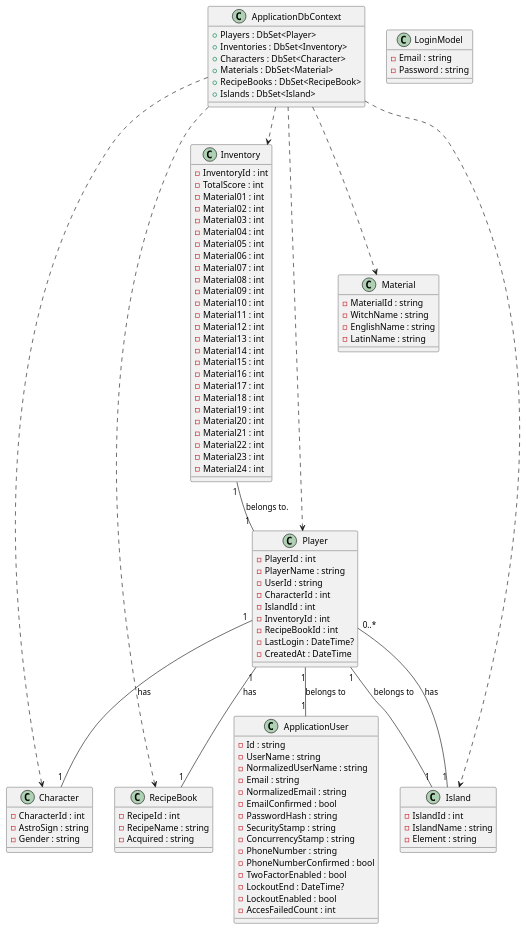
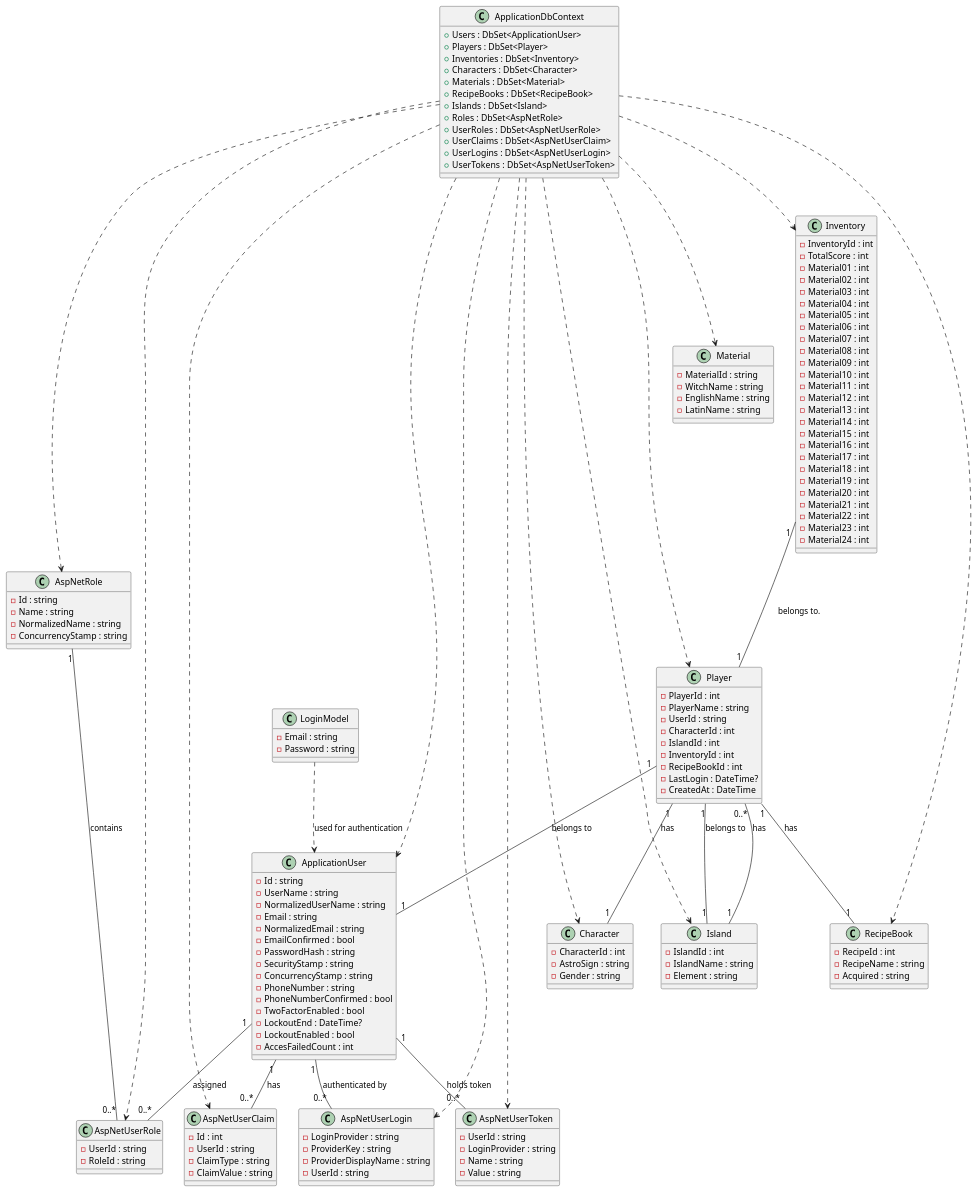
One commit to PBB2020/AstroWheelAPI changed the diagram in UML Diagrams/domain-model.puml. Above: the diagram before and after it, drawn with PlantUML.

Commit message:
ASP.NET Identity táblák kapcsolatai részletesebben

```diff
--- a/UML Diagrams/domain-model.puml
+++ b/UML Diagrams/domain-model.puml
@@ -1,139 +1,198 @@
 @startuml
 
 ' ---------------------------
 ' Alapos osztályok definiálása
 ' ---------------------------
 
 class ApplicationUser {
 	- Id : string
 	- UserName : string
 	- NormalizedUserName : string
 	- Email : string
 	- NormalizedEmail : string
 	- EmailConfirmed : bool
 	- PasswordHash : string
 	- SecurityStamp : string
 	- ConcurrencyStamp : string
 	- PhoneNumber : string
 	- PhoneNumberConfirmed : bool
 	- TwoFactorEnabled : bool
 	- LockoutEnd : DateTime?
 	- LockoutEnabled : bool
 	- AccesFailedCount : int
 }
+
+class AspNetRole {
+  - Id : string
+  - Name : string
+  - NormalizedName : string
+  - ConcurrencyStamp : string
+}
+
+class AspNetUserRole {
+  - UserId : string
+  - RoleId : string
+}
+
+class AspNetUserClaim {
+  - Id : int
+  - UserId : string
+  - ClaimType : string
+  - ClaimValue : string
+}
+
+class AspNetUserLogin {
+  - LoginProvider : string
+  - ProviderKey : string
+  - ProviderDisplayName : string
+  - UserId : string
+}
+
+class AspNetUserToken {
+  - UserId : string
+  - LoginProvider : string
+  - Name : string
+  - Value : string
+}
+
+class LoginModel {
+  - Email : string
+  - Password : string
+}
+
+' ---------------------------
+' Egyéb osztályok
+' ---------------------------
 
 class Character {
   - CharacterId : int
   - AstroSign : string
   - Gender : string
 }
 
 class Inventory {
   - InventoryId : int
   - TotalScore : int
   - Material01 : int
   - Material02 : int
   - Material03 : int
   - Material04 : int
   - Material05 : int
   - Material06 : int
   - Material07 : int
   - Material08 : int
   - Material09 : int
   - Material10 : int
   - Material11 : int
   - Material12 : int
   - Material13 : int
   - Material14 : int
   - Material15 : int
   - Material16 : int
   - Material17 : int
   - Material18 : int
   - Material19 : int
   - Material20 : int
   - Material21 : int
   - Material22 : int
   - Material23 : int
   - Material24 : int
 }
 
 class Island {
   - IslandId : int
   - IslandName : string
   - Element : string
-}
-
-class LoginModel {
-  - Email : string
-  - Password : string
 }
 
 class Material {
   - MaterialId : string
   - WitchName : string
   - EnglishName : string
   - LatinName : string
 }
 
 class Player {
   - PlayerId : int
   - PlayerName : string
   - UserId : string
   - CharacterId : int
   - IslandId : int
   - InventoryId : int
   - RecipeBookId : int
   - LastLogin : DateTime?
   - CreatedAt : DateTime
 }
 
 class RecipeBook {
   - RecipeId : int
   - RecipeName : string
   - Acquired : string
 }
 
 ' ---------------------------
 ' Kapcsolatok beállítása
 ' ---------------------------
 
 ' Inventory "belongs to" Player (a PlayerId alapján)
 Inventory "1" -- "1" Player : belongs to.
 
 ' Island-nek több Player-je van
 Island "1" -- "0..*" Player : has
 
 ' Player kapcsolódik az ApplicationUser-hez
 Player "1" -- "1" ApplicationUser : belongs to
 
 ' Player rendelkezik egy Character-rel
 Player "1" -- "1" Character : has
 
 ' Player rendelkezik egy RecipeBook-kal
 Player "1" -- "1" RecipeBook : has
 
 ' (Már jelöltük az Island kapcsolatot a Player-rel, ezért ezt opcionálisan is meg lehet jelölni)
 Player "1" -- "1" Island : belongs to
 
+' ASP.NET Identity kapcsolatok
+ApplicationUser "1" -- "0..*" AspNetUserRole : assigned
+AspNetRole "1" -- "0..*" AspNetUserRole : contains
+ApplicationUser "1" -- "0..*" AspNetUserClaim : has
+ApplicationUser "1" -- "0..*" AspNetUserLogin : authenticated by
+ApplicationUser "1" -- "0..*" AspNetUserToken : holds token
+
+' LoginModel az API-ban csak egy adatszerkezet
+LoginModel ..> ApplicationUser : "used for authentication"
+
 ' ---------------------------
 ' ApplicationDbContext osztály (DbSet-ekkel)
 ' ---------------------------
 
 class ApplicationDbContext {
+  + Users : DbSet<ApplicationUser>
   + Players : DbSet<Player>
   + Inventories : DbSet<Inventory>
   + Characters : DbSet<Character>
   + Materials : DbSet<Material>
   + RecipeBooks : DbSet<RecipeBook>
   + Islands : DbSet<Island>
+  + Roles : DbSet<AspNetRole>
+  + UserRoles : DbSet<AspNetUserRole>
+  + UserClaims : DbSet<AspNetUserClaim>
+  + UserLogins : DbSet<AspNetUserLogin>
+  + UserTokens : DbSet<AspNetUserToken>
 }
 
 ' A context "has" a domain entitásokat (lágy függőségek)
+ApplicationDbContext ..> ApplicationUser
 ApplicationDbContext ..> Player
 ApplicationDbContext ..> Inventory
 ApplicationDbContext ..> Character
 ApplicationDbContext ..> Material
 ApplicationDbContext ..> RecipeBook
 ApplicationDbContext ..> Island
+ApplicationDbContext ..> AspNetRole
+ApplicationDbContext ..> AspNetUserRole
+ApplicationDbContext ..> AspNetUserClaim
+ApplicationDbContext ..> AspNetUserLogin
+ApplicationDbContext ..> AspNetUserToken
 
 @enduml
```
